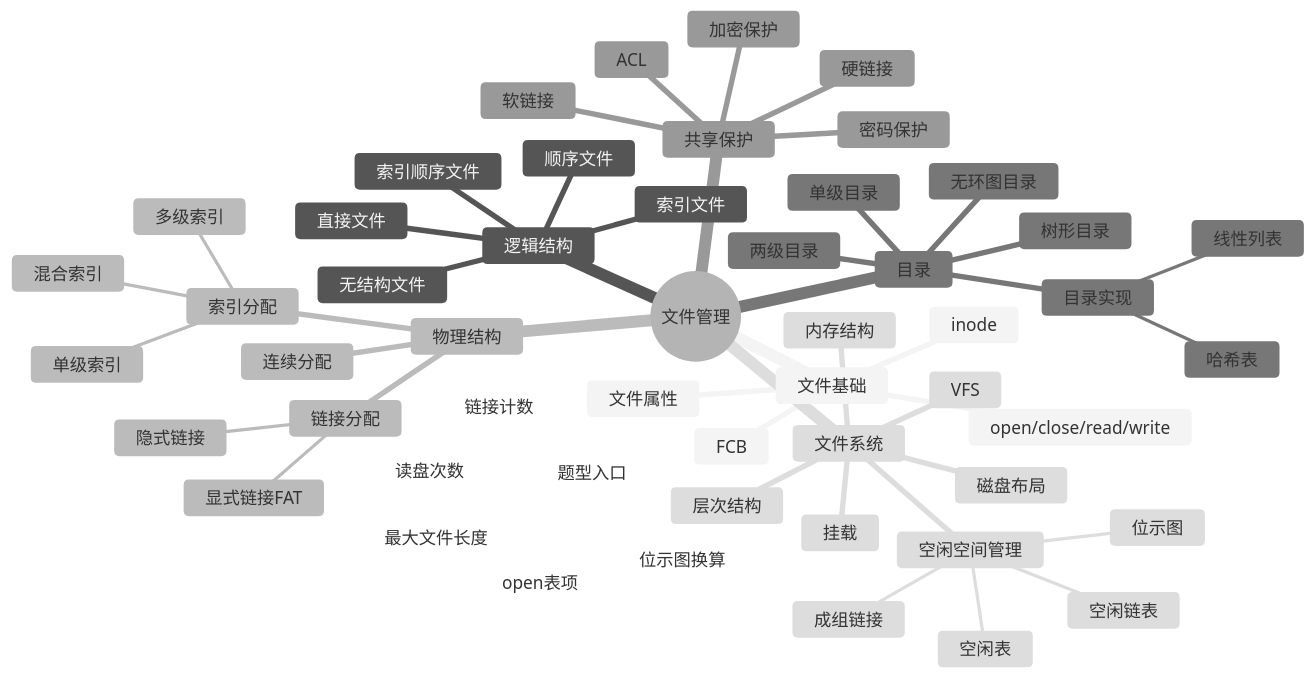
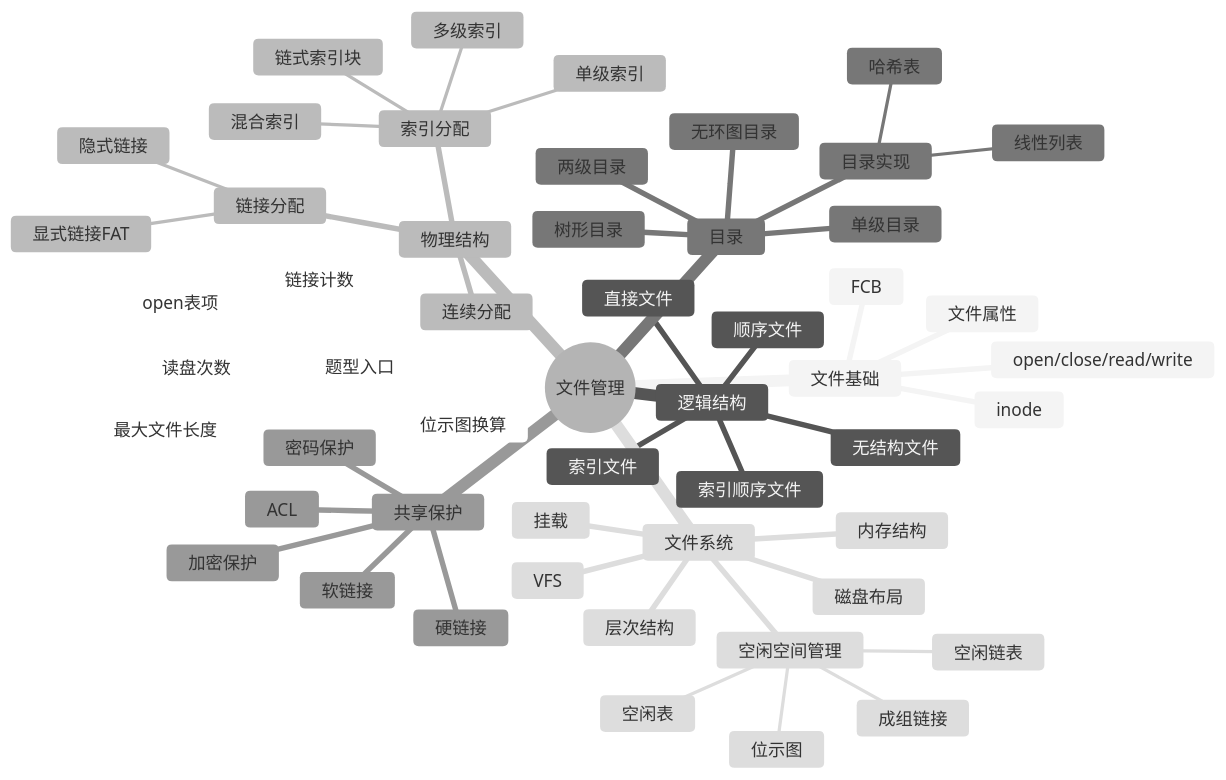
The first of 2 diagrams in 408/408考研笔记/操作系统/04-文件管理.md (Cthaat/Obsidian), drawn with Mermaid (neutral theme) before and after one commit. The commit also changed other lines of this file and 2 other files, not shown here.

````diff
--- a/408/408考研笔记/操作系统/04-文件管理.md
+++ b/408/408考研笔记/操作系统/04-文件管理.md
@@ -31,55 +32,56 @@
 ```mermaid
 mindmap
   root((文件管理))
     文件基础
       文件属性
       FCB
       inode
       open/close/read/write
     逻辑结构
       无结构文件
       顺序文件
       索引文件
       索引顺序文件
       直接文件
     物理结构
       连续分配
       链接分配
         隐式链接
         显式链接FAT
       索引分配
         单级索引
+        链式索引块
         多级索引
         混合索引
     目录
       单级目录
       两级目录
       树形目录
       无环图目录
       目录实现
         线性列表
         哈希表
     共享保护
       硬链接
       软链接
       ACL
       密码保护
       加密保护
     文件系统
       层次结构
       磁盘布局
       内存结构
       空闲空间管理
         空闲表
         空闲链表
         位示图
         成组链接
       VFS
       挂载
     题型入口
       最大文件长度
       读盘次数
       位示图换算
       链接计数
       open表项
 ```
````
